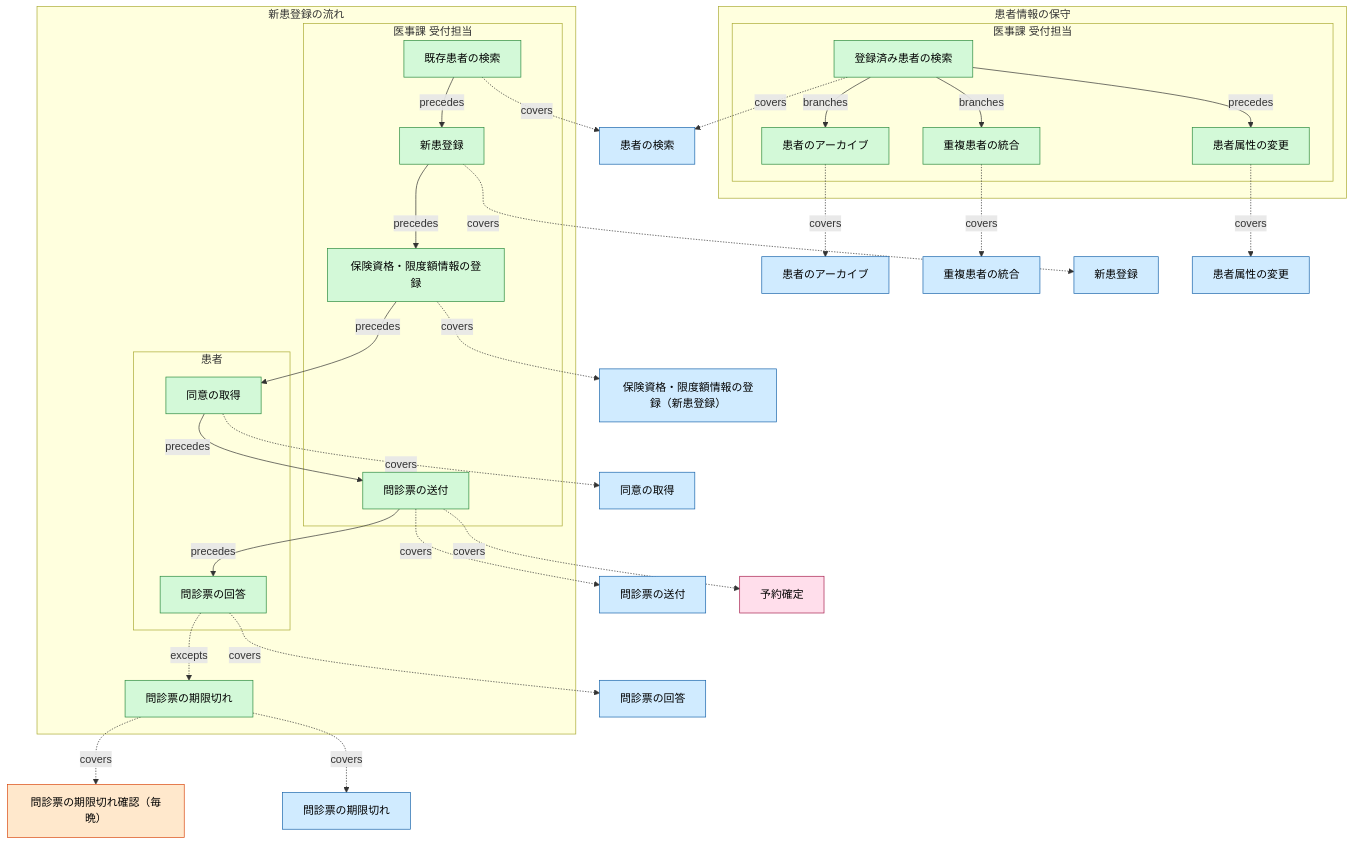
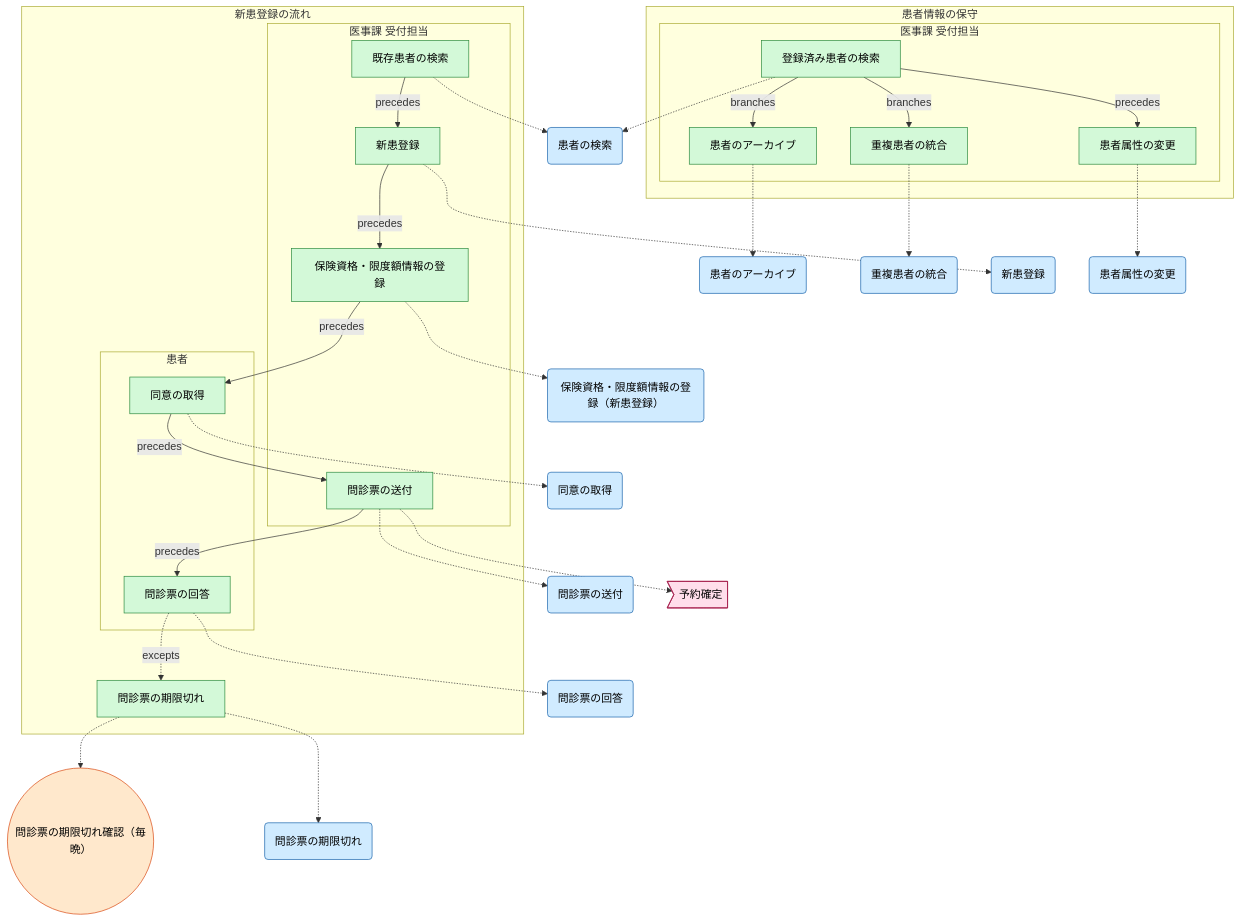
Before and after one commit to manji-0/rdra-ish-dsl: the fourth of 12 diagrams in samples/clinic-ops/prd.md, drawn with Mermaid. The commit also changed other lines of this file and 95 other files, not shown here.

````diff
--- a/samples/clinic-ops/prd.md
+++ b/samples/clinic-ops/prd.md
@@ -351,80 +351,80 @@
 ```mermaid
 %% rdra-ish diagram=flow scope=buc:BucPatientOnboarding model=samples/clinic-ops
 %% kinds: flow step lane timer usecase event
 %% omitted: buc
 flowchart TD
   subgraph flow__OnboardingFlow["新患登録の流れ"]
     step__IntakeExpireStep["問診票の期限切れ"]:::step
     subgraph lane__OnboardingFlow__Patient["患者"]
       %% lane lane__OnboardingFlow__Patient: actor__Patient
       step__ConsentStep["同意の取得"]:::step
       step__IntakeAnswerStep["問診票の回答"]:::step
     end
     subgraph lane__OnboardingFlow__ReceptionClerk["医事課 受付担当"]
       %% lane lane__OnboardingFlow__ReceptionClerk: actor__ReceptionClerk
       step__InsuranceStep["保険資格・限度額情報の登録"]:::step
       step__IntakeSendStep["問診票の送付"]:::step
       step__NewPatientSearchStep["既存患者の検索"]:::step
       step__RegisterStep["新患登録"]:::step
     end
   end
   subgraph flow__PatientMaintenanceFlow["患者情報の保守"]
     subgraph lane__PatientMaintenanceFlow__ReceptionClerk["医事課 受付担当"]
       %% lane lane__PatientMaintenanceFlow__ReceptionClerk: actor__ReceptionClerk
       step__ArchiveStep["患者のアーカイブ"]:::step
       step__DemographicsStep["患者属性の変更"]:::step
       step__MaintainSearchStep["登録済み患者の検索"]:::step
       step__MergeStep["重複患者の統合"]:::step
     end
   end
-  timer__IntakeExpiryCheck["問診票の期限切れ確認（毎晩）"]:::timer
-  usecase__ArchivePatient["患者のアーカイブ"]:::usecase
+  timer__IntakeExpiryCheck(("問診票の期限切れ確認（毎晩）")):::timer
+  usecase__ArchivePatient("患者のアーカイブ"):::usecase
   %% desc usecase__ArchivePatient: 患者アーカイブ状態。
-  usecase__CaptureConsent["同意の取得"]:::usecase
+  usecase__CaptureConsent("同意の取得"):::usecase
   %% desc usecase__CaptureConsent: 同意記録を作る。同意の有無は Bool、未回答は null で持つ。
-  usecase__CompleteIntakeForms["問診票の回答"]:::usecase
+  usecase__CompleteIntakeForms("問診票の回答"):::usecase
   %% desc usecase__CompleteIntakeForms: 問診完了イベント。
-  usecase__ExpireIntakeForms["問診票の期限切れ"]:::usecase
+  usecase__ExpireIntakeForms("問診票の期限切れ"):::usecase
   %% desc usecase__ExpireIntakeForms: 問診期限切れイベント。
-  usecase__MergeDuplicatePatient["重複患者の統合"]:::usecase
+  usecase__MergeDuplicatePatient("重複患者の統合"):::usecase
   %% desc usecase__MergeDuplicatePatient: 患者統合状態。
-  usecase__RegisterPatient["新患登録"]:::usecase
+  usecase__RegisterPatient("新患登録"):::usecase
   %% desc usecase__RegisterPatient: 新患の PatientAccount と PatientProfile を 1 つの API で同時に作る。
-  usecase__SearchPatient["患者の検索"]:::usecase
+  usecase__SearchPatient("患者の検索"):::usecase
   %% desc usecase__SearchPatient: 患者を検索する。参照だけの API で、患者の作成とは分ける。
-  usecase__SendIntakeForms["問診票の送付"]:::usecase
+  usecase__SendIntakeForms("問診票の送付"):::usecase
   %% desc usecase__SendIntakeForms: 問診パケットとメッセージ作成。
-  usecase__UpdateDemographics["患者属性の変更"]:::usecase
+  usecase__UpdateDemographics("患者属性の変更"):::usecase
   %% desc usecase__UpdateDemographics: 患者の属性を API で更新する。
-  usecase__VerifyInsurance["保険資格・限度額情報の登録（新患登録）"]:::usecase
+  usecase__VerifyInsurance("保険資格・限度額情報の登録（新患登録）"):::usecase
   %% desc usecase__VerifyInsurance: 保険資格の登録と限度額情報（適用区分）の取得。
-  event__EvAppointmentScheduled["予約確定"]:::event
-  step__ArchiveStep -.->|covers| usecase__ArchivePatient
-  step__ConsentStep -.->|covers| usecase__CaptureConsent
+  event__EvAppointmentScheduled>"予約確定"]:::event
+  step__ArchiveStep -.-> usecase__ArchivePatient
+  step__ConsentStep -.-> usecase__CaptureConsent
   step__ConsentStep -->|precedes| step__IntakeSendStep
-  step__DemographicsStep -.->|covers| usecase__UpdateDemographics
-  step__InsuranceStep -.->|covers| usecase__VerifyInsurance
+  step__DemographicsStep -.-> usecase__UpdateDemographics
+  step__InsuranceStep -.-> usecase__VerifyInsurance
   step__InsuranceStep -->|precedes| step__ConsentStep
-  step__IntakeAnswerStep -.->|covers| usecase__CompleteIntakeForms
+  step__IntakeAnswerStep -.-> usecase__CompleteIntakeForms
   step__IntakeAnswerStep -.->|excepts| step__IntakeExpireStep
-  step__IntakeExpireStep -.->|covers| timer__IntakeExpiryCheck
-  step__IntakeExpireStep -.->|covers| usecase__ExpireIntakeForms
-  step__IntakeSendStep -.->|covers| event__EvAppointmentScheduled
-  step__IntakeSendStep -.->|covers| usecase__SendIntakeForms
+  step__IntakeExpireStep -.-> timer__IntakeExpiryCheck
+  step__IntakeExpireStep -.-> usecase__ExpireIntakeForms
+  step__IntakeSendStep -.-> event__EvAppointmentScheduled
+  step__IntakeSendStep -.-> usecase__SendIntakeForms
   step__IntakeSendStep -->|precedes| step__IntakeAnswerStep
   step__MaintainSearchStep -->|branches| step__ArchiveStep
   step__MaintainSearchStep -->|branches| step__MergeStep
-  step__MaintainSearchStep -.->|covers| usecase__SearchPatient
+  step__MaintainSearchStep -.-> usecase__SearchPatient
   step__MaintainSearchStep -->|precedes| step__DemographicsStep
-  step__MergeStep -.->|covers| usecase__MergeDuplicatePatient
-  step__NewPatientSearchStep -.->|covers| usecase__SearchPatient
+  step__MergeStep -.-> usecase__MergeDuplicatePatient
+  step__NewPatientSearchStep -.-> usecase__SearchPatient
   step__NewPatientSearchStep -->|precedes| step__RegisterStep
-  step__RegisterStep -.->|covers| usecase__RegisterPatient
+  step__RegisterStep -.-> usecase__RegisterPatient
   step__RegisterStep -->|precedes| step__InsuranceStep
   classDef flow fill:#d3f9d8,stroke:#2b8a3e,color:#000;
   classDef step fill:#d3f9d8,stroke:#2b8a3e,color:#000;
   classDef lane fill:#d3f9d8,stroke:#2b8a3e,color:#000;
   classDef timer fill:#ffe8cc,stroke:#d9480f,color:#000;
   classDef usecase fill:#d0ebff,stroke:#1864ab,color:#000;
   classDef event fill:#ffdeeb,stroke:#a61e4d,color:#000;
 ```
````
